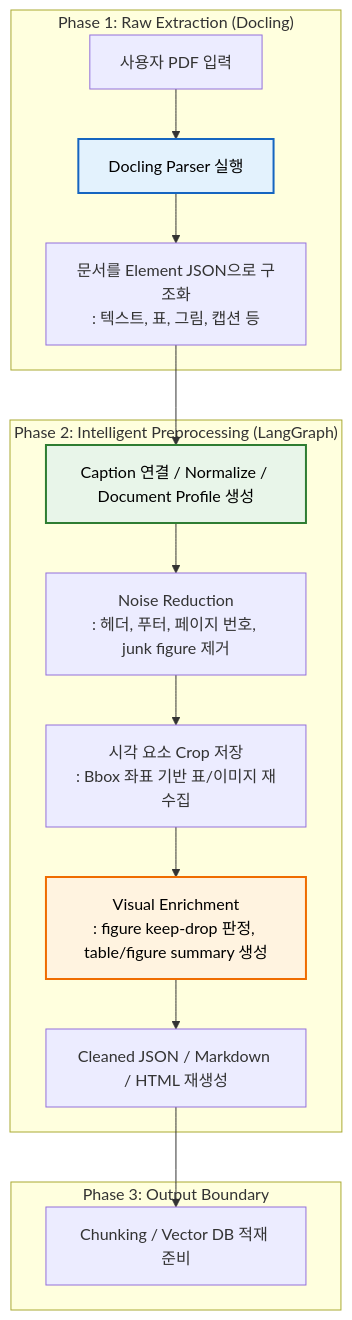
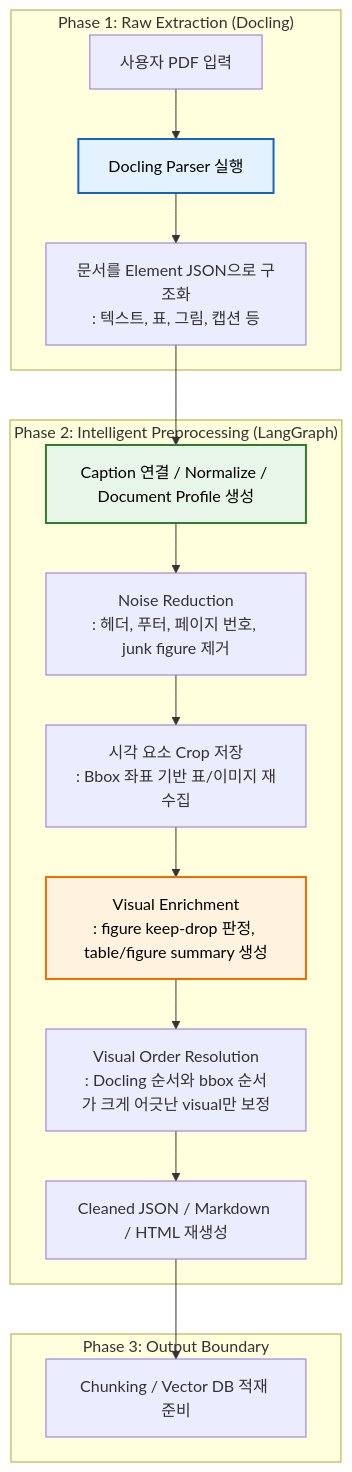
One commit to sonsukwoo/doc-chat-rag changed the diagram in README.md. Above: the diagram before and after it, drawn with Mermaid. The commit also changed other lines of this file and 5 other files, not shown here.

````diff
--- a/README.md
+++ b/README.md
@@ -43,23 +43,24 @@
 ```mermaid
 flowchart TD
     subgraph "Phase 1: Raw Extraction (Docling)"
         A[사용자 PDF 입력] --> B[Docling Parser 실행]
         B --> C[문서를 Element JSON으로 구조화\n: 텍스트, 표, 그림, 캡션 등]
     end
 
     subgraph "Phase 2: Intelligent Preprocessing (LangGraph)"
         C --> D[Caption 연결 / Normalize / Document Profile 생성]
         D --> E[Noise Reduction\n: 헤더, 푸터, 페이지 번호, junk figure 제거]
         E --> F[시각 요소 Crop 저장\n: Bbox 좌표 기반 표/이미지 재수집]
         F --> G[Visual Enrichment\n: figure keep-drop 판정, table/figure summary 생성]
-        G --> H[Cleaned JSON / Markdown / HTML 재생성]
+        G --> H[Visual Order Resolution\n: Docling 순서와 bbox 순서가 크게 어긋난 visual만 보정]
+        H --> I[Cleaned JSON / Markdown / HTML 재생성]
     end
 
     subgraph "Phase 3: Output Boundary"
-        H --> I[Chunking / Vector DB 적재 준비]
+        I --> J[Chunking / Vector DB 적재 준비]
     end
 
     style B fill:#e3f2fd,stroke:#1565c0,stroke-width:2px,color:#000
     style D fill:#e8f5e9,stroke:#2e7d32,stroke-width:2px,color:#000
     style G fill:#fff3e0,stroke:#ef6c00,stroke-width:2px,color:#000
 ```
````
